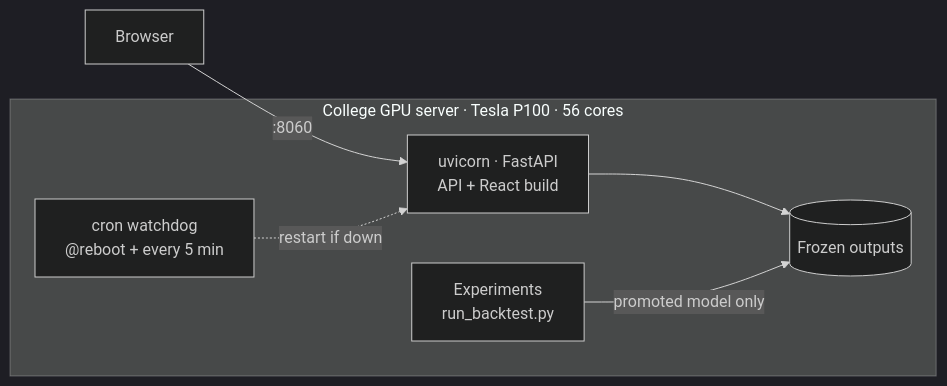
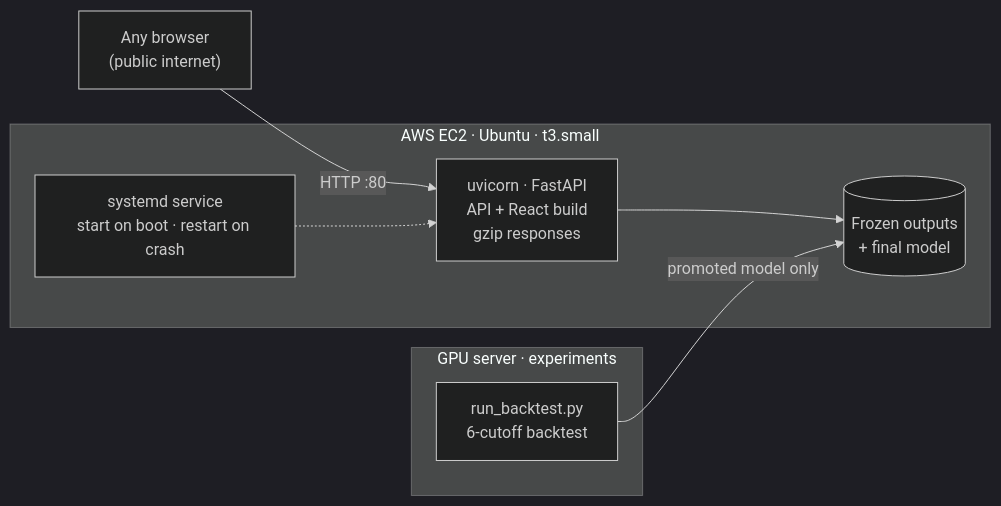
Before and after one commit to deepakm0003/MKS-AI-ML-Hackathon: the fourth of 4 diagrams in README.md, drawn with Mermaid (dark theme). The commit also changed other lines of this file and 3 other files, not shown here.

Commit message:
public deployment on AWS EC2 (http://3.239.68.190): gzip API responses, README / deck links and deployment diagram

````diff
--- a/README.md
+++ b/README.md
@@ -220,9 +220,11 @@
 ```mermaid
 flowchart LR
-    U["Browser"] -->|":8060"| S
-    subgraph GPU["College GPU server · Tesla P100 · 56 cores"]
-        S["uvicorn · FastAPI<br/>API + React build"] --> O[("Frozen outputs")]
-        X["Experiments<br/>run_backtest.py"] -->|"promoted model only"| O
-        CR["cron watchdog<br/>@reboot + every 5 min"] -.->|"restart if down"| S
+    U["Any browser<br/>(public internet)"] -->|"HTTP :80"| S
+    subgraph AWS["AWS EC2 · Ubuntu · t3.small"]
+        S["uvicorn · FastAPI<br/>API + React build<br/>gzip responses"] --> O[("Frozen outputs<br/>+ final model")]
+        SD["systemd service<br/>start on boot · restart on crash"] -.-> S
+    end
+    subgraph GPU["GPU server · experiments"]
+        X["run_backtest.py<br/>6-cutoff backtest"] -->|"promoted model only"| O
     end
 ```
````
